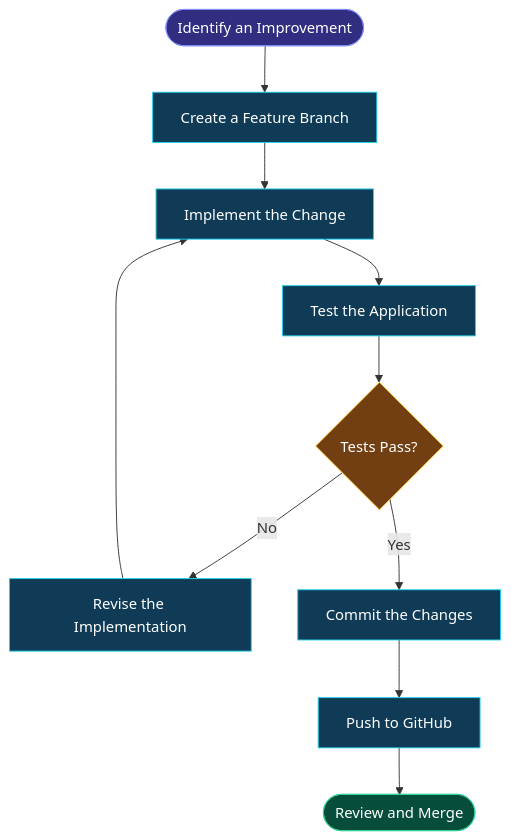
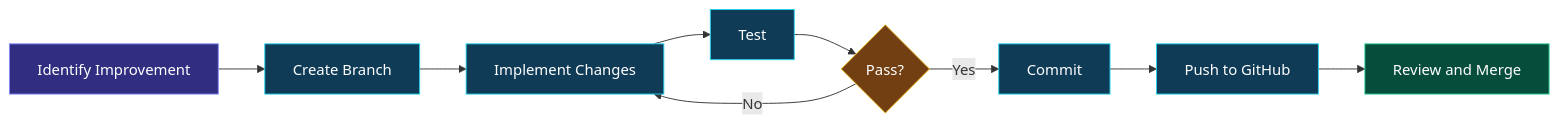
Before and after one commit to maahii-in/first-pratice-2021: the fourth of 5 diagrams in README.md, drawn with Mermaid. The commit also changed other lines of this file, not shown here.

````diff
--- a/README.md
+++ b/README.md
@@ -710,26 +705,21 @@
 ```mermaid
-flowchart TD
-    A(["Identify an Improvement"])
-    B["Create a Feature Branch"]
-    C["Implement the Change"]
-    D["Test the Application"]
-    E{"Tests Pass?"}
-    F["Revise the Implementation"]
-    G["Commit the Changes"]
-    H["Push to GitHub"]
-    I(["Review and Merge"])
-
-    A --> B --> C --> D --> E
-    E -->|No| F --> C
-    E -->|Yes| G --> H --> I
+flowchart LR
+    A["Identify Improvement"] --> B["Create Branch"]
+    B --> C["Implement Changes"]
+    C --> D["Test"]
+    D --> E{"Pass?"}
+    E -->|No| C
+    E -->|Yes| F["Commit"]
+    F --> G["Push to GitHub"]
+    G --> H["Review and Merge"]
 
     classDef start fill:#312E81,stroke:#818CF8,color:#FFFFFF
-    classDef process fill:#0F3B56,stroke:#22D3EE,color:#FFFFFF
+    classDef step fill:#0F3B56,stroke:#22D3EE,color:#FFFFFF
     classDef decision fill:#713F12,stroke:#FBBF24,color:#FFFFFF
-    classDef success fill:#064E3B,stroke:#34D399,color:#FFFFFF
+    classDef done fill:#064E3B,stroke:#34D399,color:#FFFFFF
 
     class A start
-    class B,C,D,F,G,H process
+    class B,C,D,F,G step
     class E decision
-    class I success
+    class H done
 ```
````
